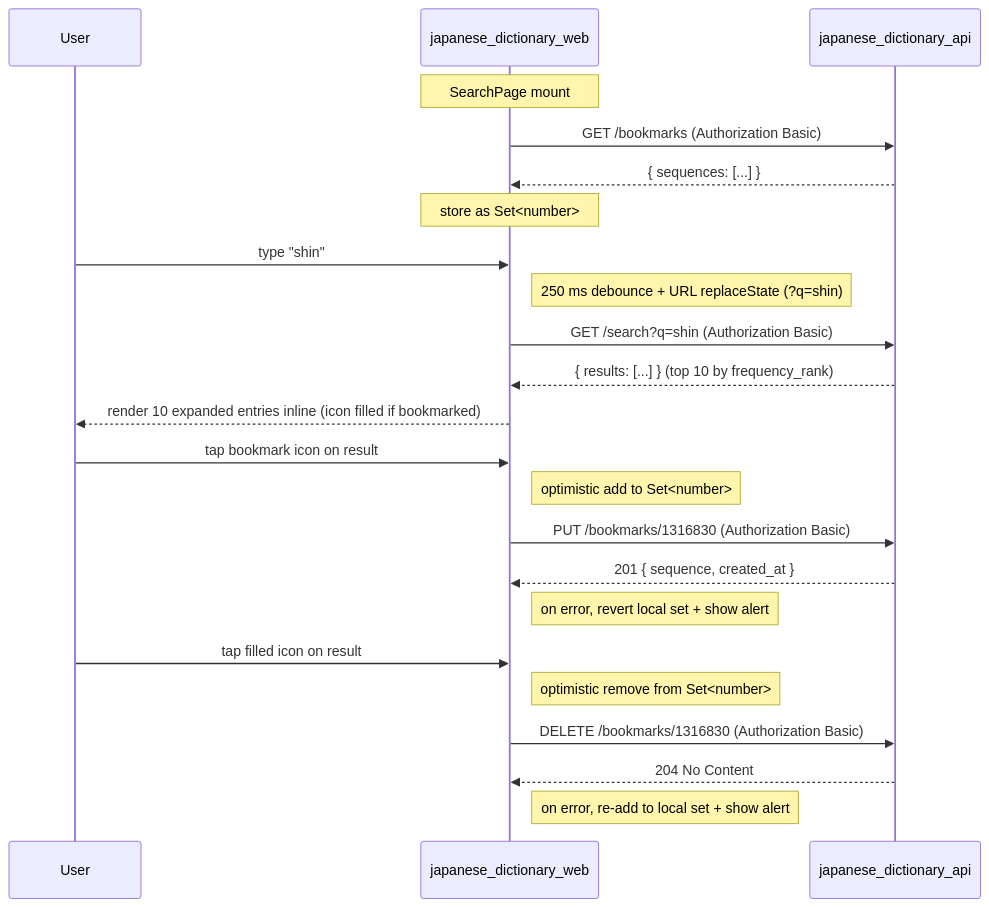
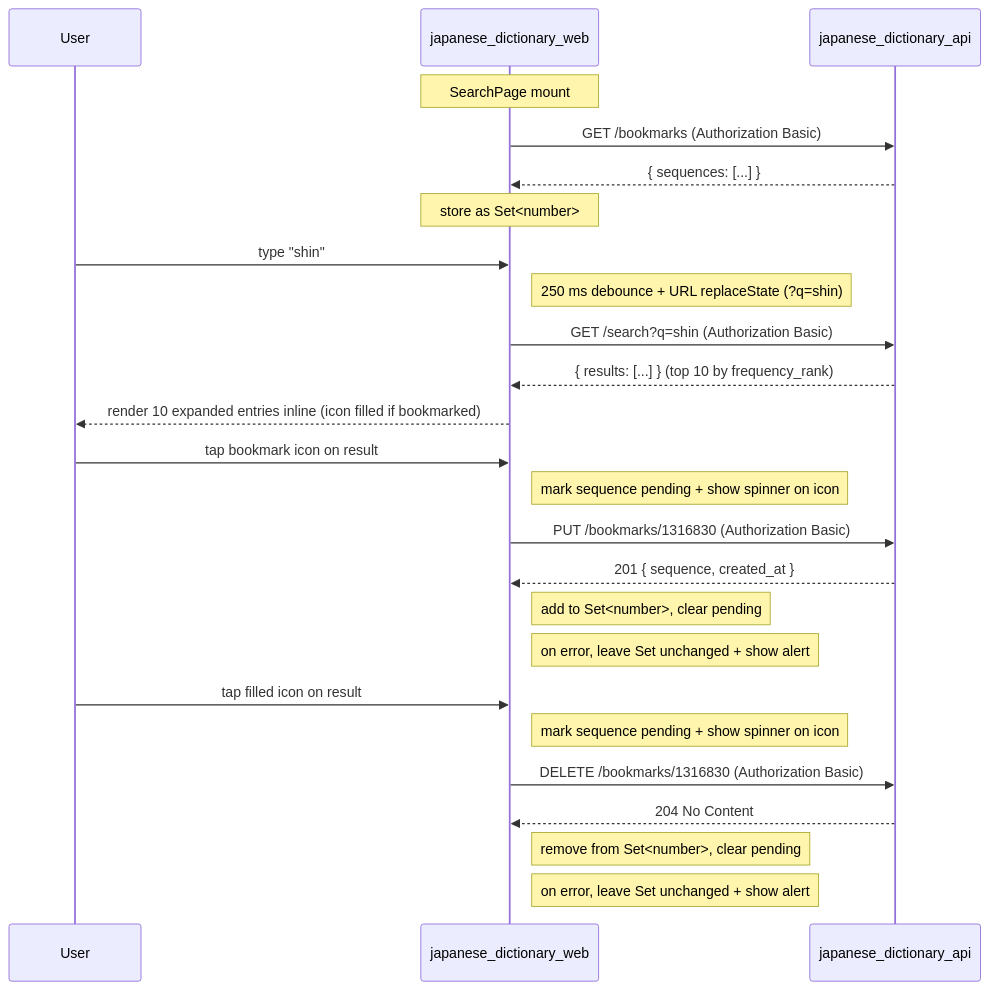
The second of 2 diagrams in japanese_dictionary_web/README.md (jordansimsmith/jordansimsmith-com), drawn with Mermaid before and after one commit. The commit also changed other lines of this file and 3 other files, not shown here.

````diff
--- a/japanese_dictionary_web/README.md
+++ b/japanese_dictionary_web/README.md
@@ -65,29 +65,31 @@
 ```mermaid
 sequenceDiagram
   participant user as User
   participant web as japanese_dictionary_web
   participant api as japanese_dictionary_api
 
   Note over web: SearchPage mount
   web->>api: GET /bookmarks (Authorization Basic)
   api-->>web: { sequences: [...] }
   Note over web: store as Set<number>
 
   user->>web: type "shin"
   Note right of web: 250 ms debounce + URL replaceState (?q=shin)
   web->>api: GET /search?q=shin (Authorization Basic)
   api-->>web: { results: [...] } (top 10 by frequency_rank)
   web-->>user: render 10 expanded entries inline (icon filled if bookmarked)
 
   user->>web: tap bookmark icon on result #1316830
-  Note right of web: optimistic add to Set<number>
+  Note right of web: mark sequence pending + show spinner on icon
   web->>api: PUT /bookmarks/1316830 (Authorization Basic)
   api-->>web: 201 { sequence, created_at }
-  Note right of web: on error, revert local set + show alert
+  Note right of web: add to Set<number>, clear pending
+  Note right of web: on error, leave Set unchanged + show alert
 
   user->>web: tap filled icon on result #1316830 to undo
-  Note right of web: optimistic remove from Set<number>
+  Note right of web: mark sequence pending + show spinner on icon
   web->>api: DELETE /bookmarks/1316830 (Authorization Basic)
   api-->>web: 204 No Content
-  Note right of web: on error, re-add to local set + show alert
+  Note right of web: remove from Set<number>, clear pending
+  Note right of web: on error, leave Set unchanged + show alert
 ```
````
